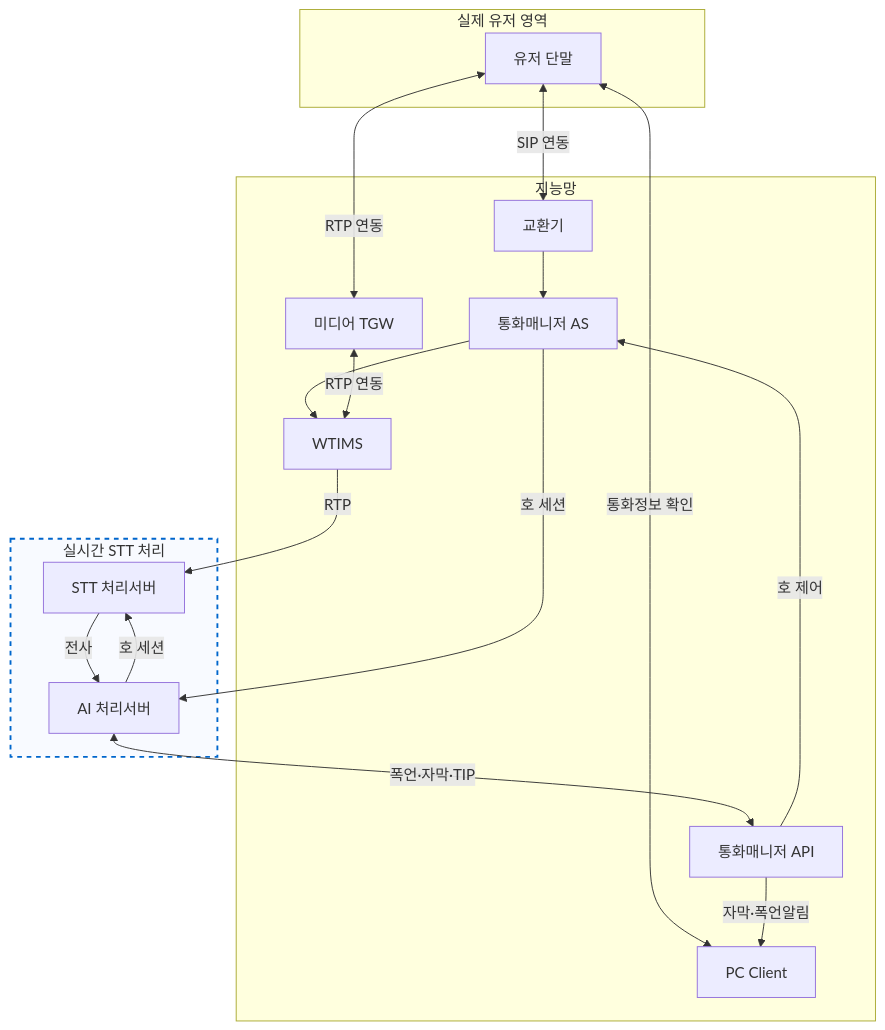
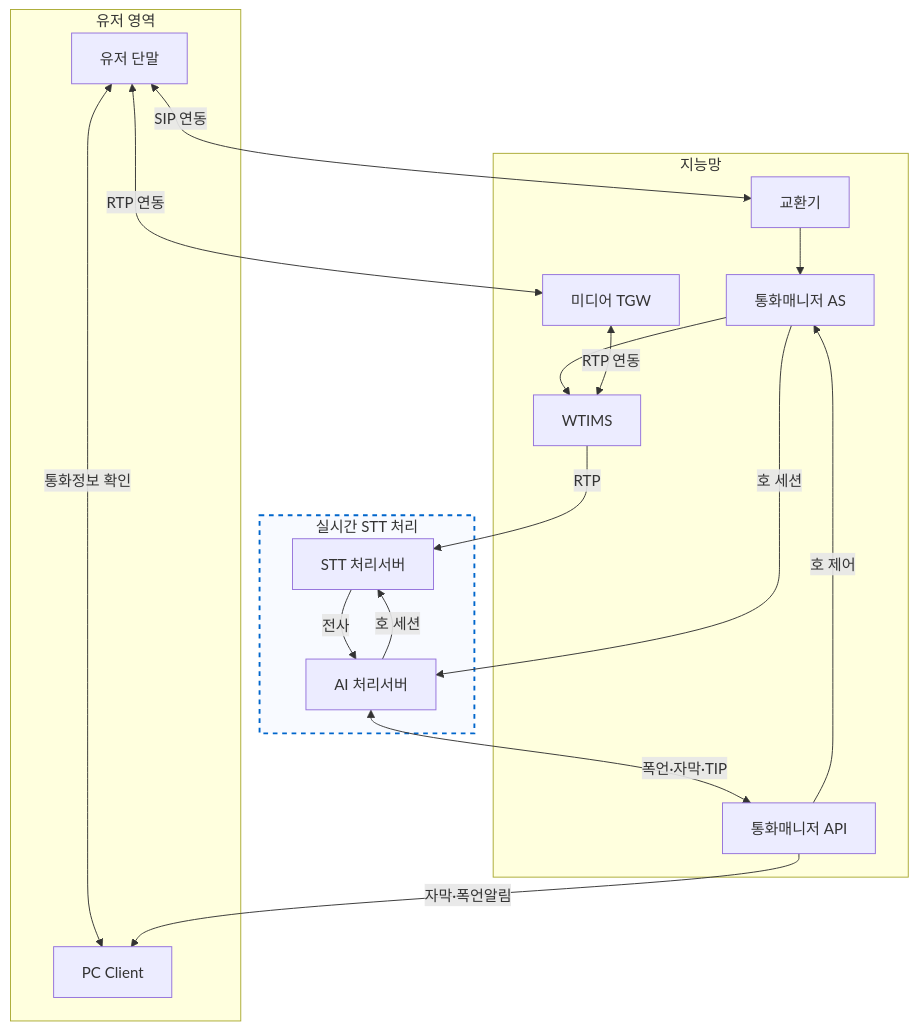
The diagram in docs/architecture/stt-agent-integration-options.md (hak023/sip_pbx), drawn with Mermaid before and after one commit. The commit also changed 33 other files, not shown here.

Commit message:
docs: Move PC Client to User Area and rename User Area

````diff
--- a/docs/architecture/stt-agent-integration-options.md
+++ b/docs/architecture/stt-agent-integration-options.md
@@ -7,34 +7,34 @@
 ```mermaid
 flowchart TB
-    subgraph USER_AREA["실제 유저 영역"]
+    subgraph USER_AREA["유저 영역"]
         USER[유저 단말]
+        PC[PC Client]
     end
 
     subgraph CORE["지능망"]
         EX[교환기] --> CM[통화매니저 AS]
         CM --> WT[WTIMS]
         TGW[미디어 TGW]
         CM_API[통화매니저 API]
-        PC[PC Client]
     end
 
     subgraph NEW_STT["실시간 STT 처리"]
         style NEW_STT fill:#f8faff,stroke:#0066cc,stroke-width:2px,stroke-dasharray: 5 5
         
         STT[STT 처리서버]
         RT[AI 처리서버]
     end
 
     USER <-->|SIP 연동| EX
     USER <-->|RTP 연동| TGW
     TGW <-->|RTP 연동| WT
     USER <-->|통화정보 확인| PC
 
     CM -->|호 세션| RT
     RT -->|호 세션| STT
     WT -->|RTP| STT
     STT -->|전사| RT
     RT <-->|폭언·자막·TIP| CM_API
     CM_API -->|호 제어| CM
     CM_API -->|자막·폭언알림| PC
 ```
````
